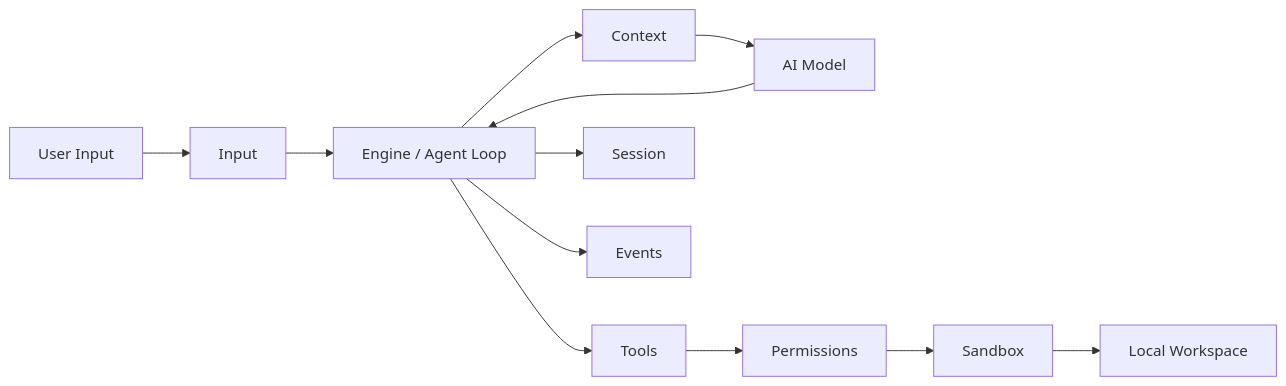
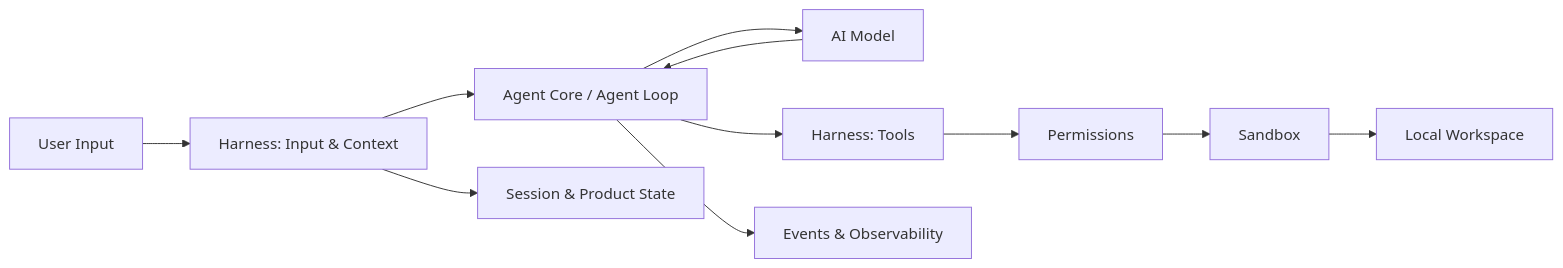
The diagram in README.md (anwen0724/megumi), drawn with Mermaid before and after one commit. The commit also changed other lines of this file and 2 other files, not shown here.

Commit message:
docs: update megumi product positioning

````diff
--- a/README.md
+++ b/README.md
@@ -21,14 +23,13 @@
 ```mermaid
 flowchart LR
-    U["User Input"] --> I["Input"]
-    I --> E["Engine / Agent Loop"]
-    E --> C["Context"]
-    C --> A["AI Model"]
+    U["User Input"] --> H["Harness: Input & Context"]
+    H --> E["Agent Core / Agent Loop"]
+    E --> A["AI Model"]
     A --> E
-    E --> T["Tools"]
+    E --> T["Harness: Tools"]
     T --> P["Permissions"]
     P --> S["Sandbox"]
     S --> W["Local Workspace"]
-    E --> H["Session"]
-    E --> V["Events"]
+    H --> M["Session & Product State"]
+    E --> V["Events & Observability"]
 ```
````
